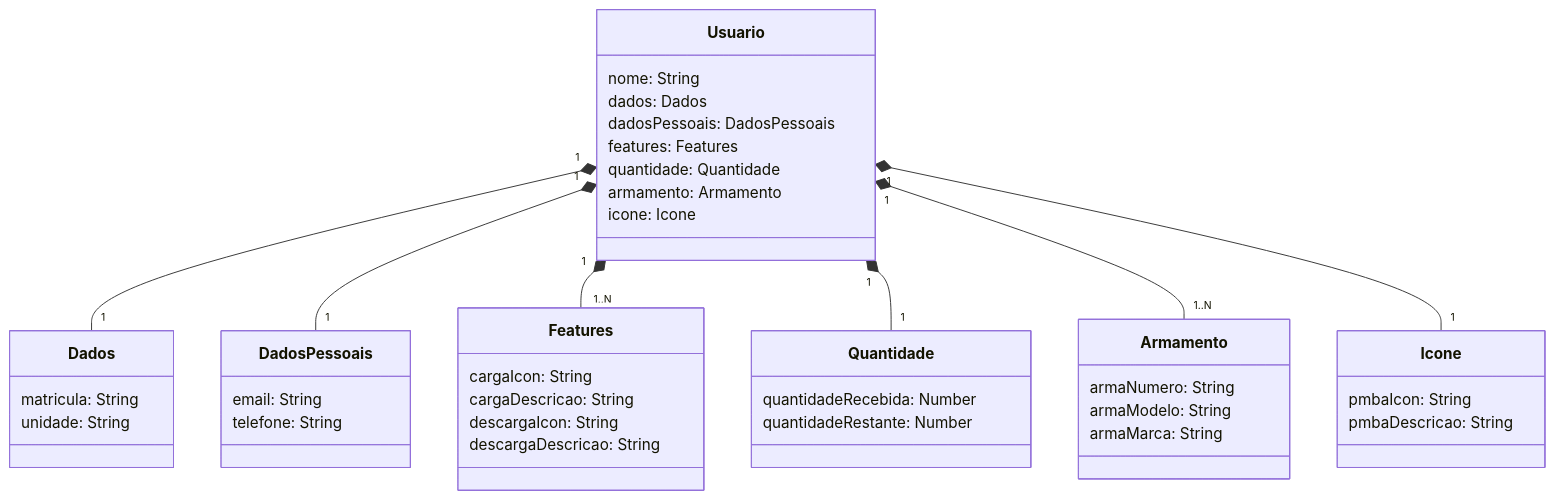
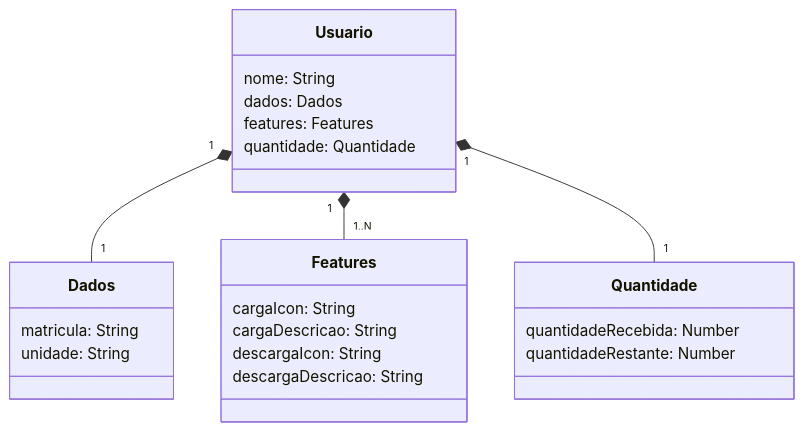
One commit to econradodev/projeto-santander-java-spring changed the diagram in README.md. Above: the diagram before and after it, drawn with Mermaid.

````diff
--- a/README.md
+++ b/README.md
@@ -5,52 +5,31 @@
 ```mermaid
 classDiagram
   class Usuario {
     nome: String
     dados: Dados
-    dadosPessoais: DadosPessoais
     features: Features
     quantidade: Quantidade
-    armamento: Armamento
-    icone: Icone
   }
 
   class Dados {
     matricula: String
     unidade: String
-  }
-
-  class DadosPessoais {
-    email: String
-    telefone: String
   }
 
   class Features {
     cargaIcon: String
     cargaDescricao: String
     descargaIcon: String
     descargaDescricao: String
   }
 
   class Quantidade {
     quantidadeRecebida: Number
     quantidadeRestante: Number
   }
 
-  class Armamento {
-    armaNumero: String
-    armaModelo: String
-    armaMarca: String
-  }
-
-  class Icone {
-    pmbaIcon: String
-    pmbaDescricao: String
-  }
-
   Usuario "1" *-- "1" Dados
-  Usuario "1" *-- "1" DadosPessoais
   Usuario "1" *-- "1..N" Features
   Usuario "1" *-- "1" Quantidade
-  Usuario "1" *-- "1..N" Armamento
-  Usuario "1" *-- "1" Icone
+
 ```
````
